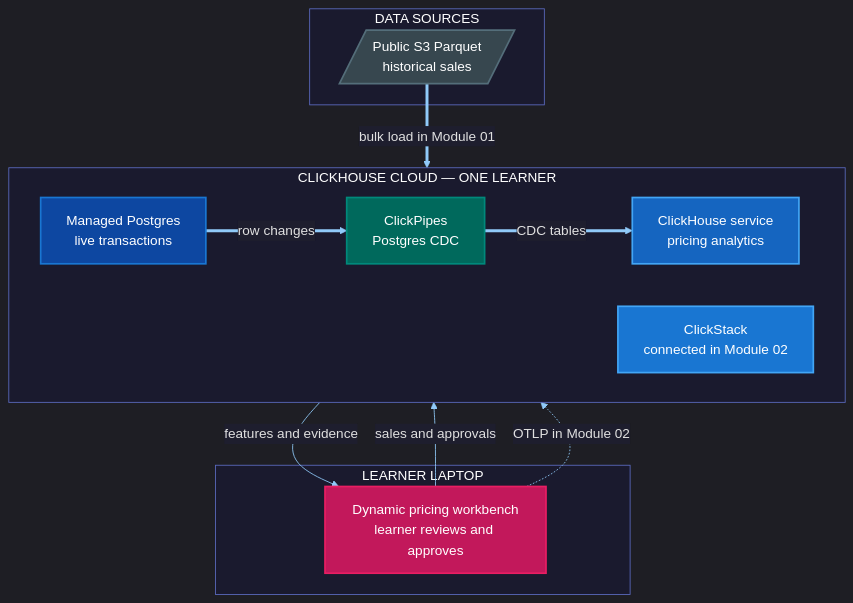
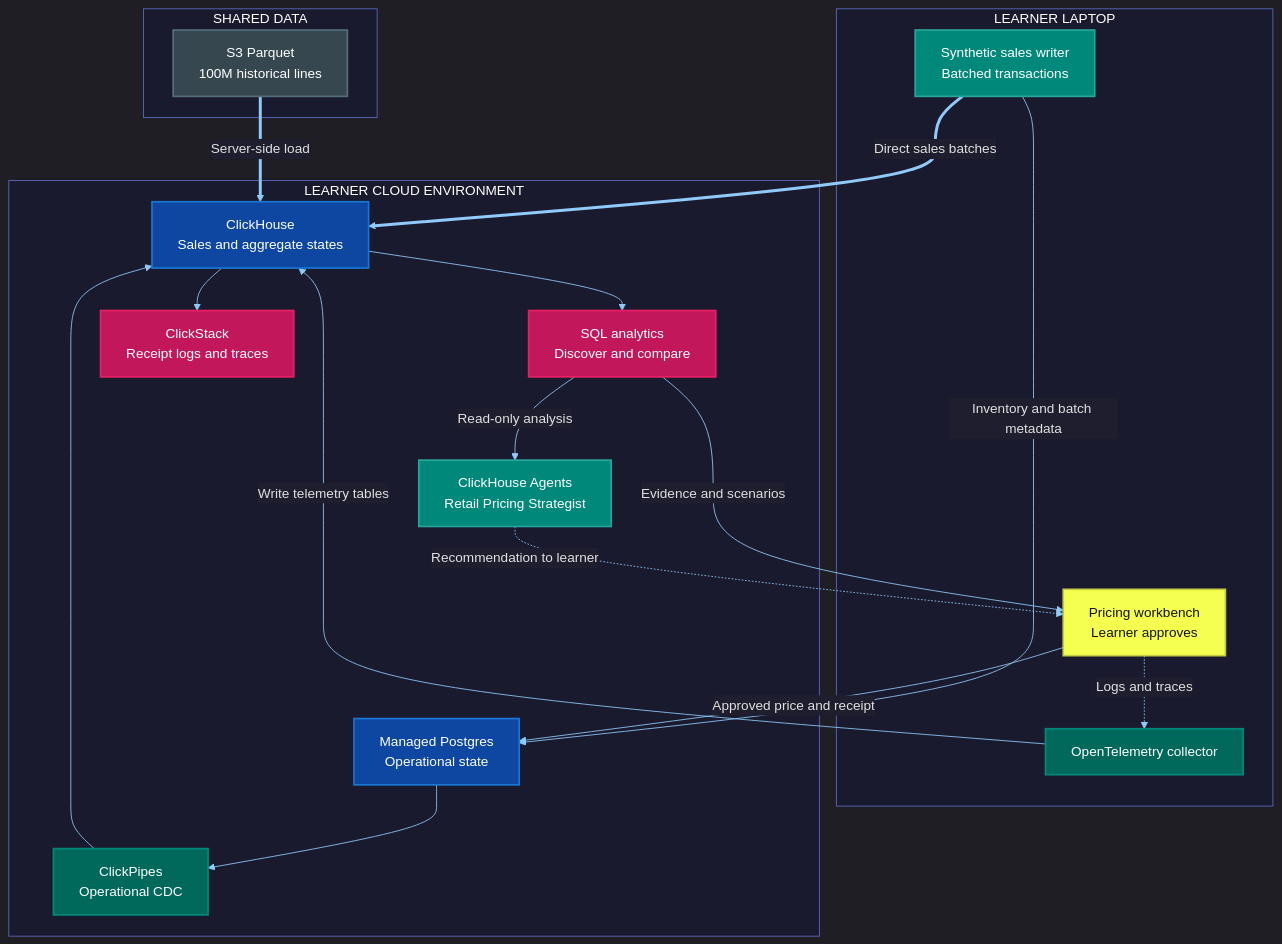
One commit to ClickHouse/ClickHouse_Demos changed the diagram in workshops/dynamic_pricing/docs/diagrams/cloud-architecture.mermaid. Above: the diagram before and after it, drawn with Mermaid. The commit also changed 108 other files, not shown here.

Commit message:
Implement analytics-first retail pricing workshop

```diff
--- a/workshops/dynamic_pricing/docs/diagrams/cloud-architecture.mermaid
+++ b/workshops/dynamic_pricing/docs/diagrams/cloud-architecture.mermaid
@@ -1,56 +1,36 @@
-%%{init: {
-  'theme': 'dark',
-  'themeVariables': {
-    'primaryColor':      '#1565C0',
-    'primaryTextColor':  '#FFFFFF',
-    'primaryBorderColor':'#42A5F5',
-    'secondaryColor':    '#00897B',
-    'tertiaryColor':     '#222233',
-    'lineColor':         '#90CAF9',
-    'textColor':         '#E0E0E0',
-    'mainBkg':           '#1E1E2E',
-    'nodeBorder':        '#42A5F5',
-    'clusterBkg':        '#1A1A2E',
-    'clusterBorder':     '#5C6BC0',
-    'titleColor':        '#FFFFFF',
-    'edgeLabelBackground':'#1E1E2E'
-  }
-}}%%
+%%{init: {'theme':'dark','themeVariables':{'primaryColor':'#1565C0','primaryTextColor':'#FFFFFF','primaryBorderColor':'#42A5F5','secondaryColor':'#00897B','tertiaryColor':'#222233','lineColor':'#90CAF9','textColor':'#E0E0E0','mainBkg':'#1E1E2E','nodeBorder':'#42A5F5','clusterBkg':'#1A1A2E','clusterBorder':'#5C6BC0','titleColor':'#FFFFFF','edgeLabelBackground':'#1E1E2E'}}}%%
 flowchart TB
-    classDef query       fill:#C2185B,color:#FFF,stroke:#E91E63,stroke-width:2px
-    classDef executor    fill:#00897B,color:#FFF,stroke:#26A69A,stroke-width:2px
-    classDef storage     fill:#0D47A1,color:#FFF,stroke:#1976D2,stroke-width:2px
-    classDef replica     fill:#1565C0,color:#FFF,stroke:#42A5F5,stroke-width:2px
-    classDef special     fill:#1976D2,color:#FFF,stroke:#42A5F5,stroke-width:2px
-    classDef integration fill:#00695C,color:#FFF,stroke:#00897B,stroke-width:2px
-    classDef external    fill:#37474F,color:#FFF,stroke:#546E7A,stroke-width:2px
-    classDef accent      fill:#F5FF50,color:#111,stroke:#C6CC41,stroke-width:2px
-    classDef success     fill:#2E7D32,color:#FFF,stroke:#43A047,stroke-width:2px
-    classDef warn        fill:#E65100,color:#FFF,stroke:#FF8F00,stroke-width:2px
-    classDef danger      fill:#B71C1C,color:#FFF,stroke:#E53935,stroke-width:2px
-    classDef neutral     fill:#455A64,color:#FFF,stroke:#607D8B,stroke-width:2px
-    classDef decision    fill:#FF8F00,color:#FFF,stroke:#FFB300,stroke-width:2px
-    classDef info        fill:#283593,color:#FFF,stroke:#5C6BC0,stroke-width:2px
-
-    subgraph LAPTOP ["LEARNER LAPTOP"]
-        APP["Dynamic pricing workbench<br/>learner reviews and approves"]:::query
-    end
-
-    subgraph SOURCES ["DATA SOURCES"]
-        S3[/"Public S3 Parquet<br/>historical sales"/]:::external
-    end
-
-    subgraph CLOUD ["CLICKHOUSE CLOUD — ONE LEARNER"]
-        direction LR
-        PG["Managed Postgres<br/>live transactions"]:::storage
-        PIPE["ClickPipes<br/>Postgres CDC"]:::integration
-        CH["ClickHouse service<br/>pricing analytics"]:::replica
-        STACK["ClickStack<br/>connected in Module 02"]:::special
-    end
-
-    APP -->|"sales and approvals"| PG
-    PG ==>|"row changes"| PIPE
-    PIPE ==>|"CDC tables"| CH
-    S3 ==>|"bulk load in Module 01"| CH
-    CH -->|"features and evidence"| APP
-    APP -.->|"OTLP in Module 02"| STACK
+ subgraph SOURCES["SHARED DATA"]
+  S3["S3 Parquet<br/>100M historical lines"]:::external
+ end
+ subgraph LOCAL["LEARNER LAPTOP"]
+  GEN["Synthetic sales writer<br/>Batched transactions"]:::executor
+  UI["Pricing workbench<br/>Learner approves"]:::accent
+  OTEL["OpenTelemetry collector"]:::integration
+ end
+ subgraph CLOUD["LEARNER CLOUD ENVIRONMENT"]
+  PG["Managed Postgres<br/>Operational state"]:::storage
+  PIPE["ClickPipes<br/>Operational CDC"]:::integration
+  CH["ClickHouse<br/>Sales and aggregate states"]:::storage
+  SQL["SQL analytics<br/>Discover and compare"]:::query
+  AGENT["ClickHouse Agents<br/>Retail Pricing Strategist"]:::executor
+  STACK["ClickStack<br/>Receipt logs and traces"]:::query
+ end
+ S3 ==>|"Server-side load"| CH
+ GEN ==>|"Direct sales batches"| CH
+ GEN -->|"Inventory and batch metadata"| PG
+ UI -->|"Approved price and receipt"| PG
+ PG --> PIPE --> CH
+ CH --> SQL
+ SQL -->|"Evidence and scenarios"| UI
+ SQL -->|"Read-only analysis"| AGENT
+ AGENT -.->|"Recommendation to learner"| UI
+ UI -.->|"Logs and traces"| OTEL
+ OTEL -->|"Write telemetry tables"| CH
+ CH --> STACK
+ classDef query fill:#C2185B,color:#FFF,stroke:#E91E63,stroke-width:2px
+ classDef executor fill:#00897B,color:#FFF,stroke:#26A69A,stroke-width:2px
+ classDef storage fill:#0D47A1,color:#FFF,stroke:#1976D2,stroke-width:2px
+ classDef integration fill:#00695C,color:#FFF,stroke:#00897B,stroke-width:2px
+ classDef external fill:#37474F,color:#FFF,stroke:#546E7A,stroke-width:2px
+ classDef accent fill:#F5FF50,color:#111,stroke:#C6CC41,stroke-width:2px
```
